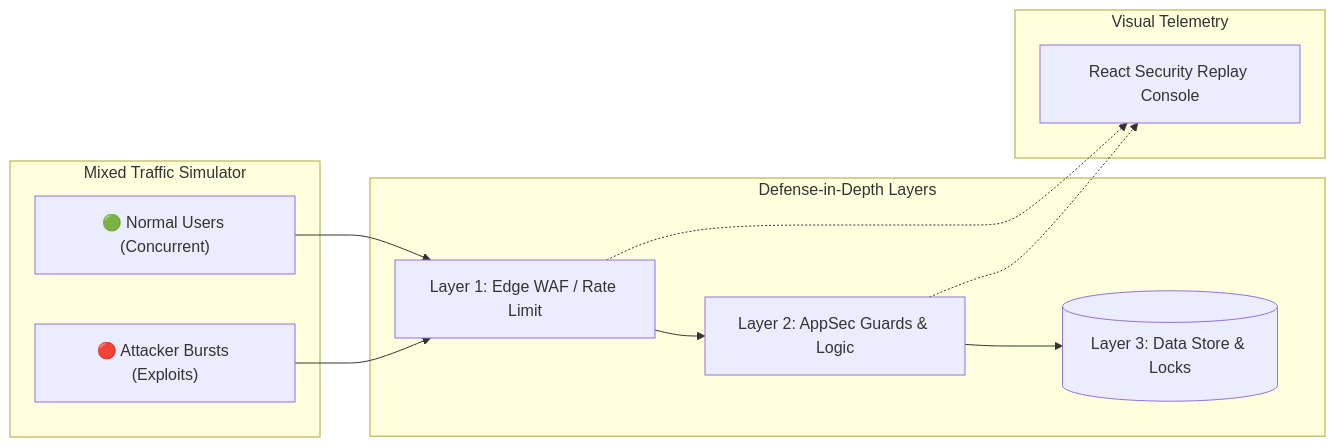
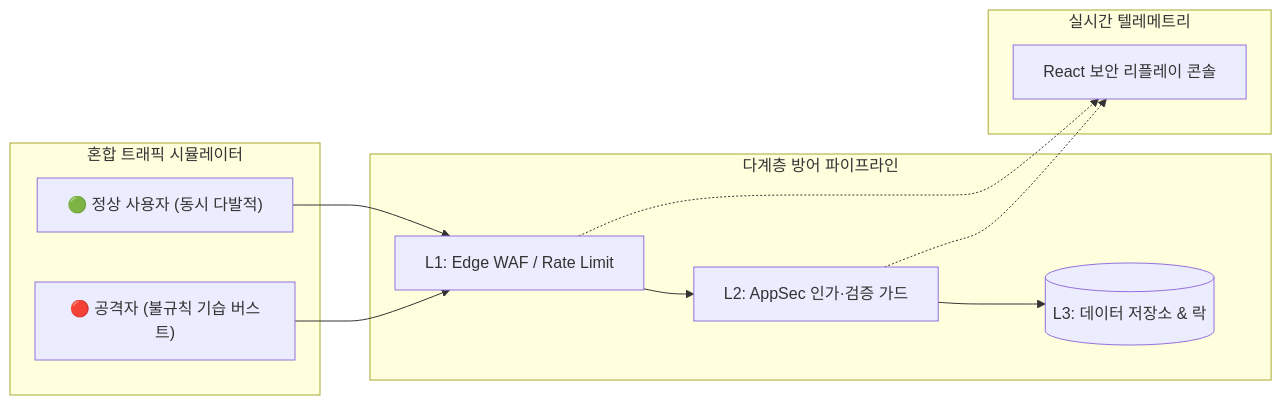
The diagram in README.md (KimseungMoo/payguard-appsec-lab), drawn with Mermaid before and after one commit. The commit also changed other lines of this file and 4 other files, not shown here.

````diff
--- a/README.md
+++ b/README.md
@@ -11,23 +11,23 @@
 ```mermaid
 flowchart LR
-    subgraph Sim["Mixed Traffic Simulator"]
-        NU["🟢 Normal Users (Concurrent)"]
-        HA["🔴 Attacker Bursts (Exploits)"]
+    subgraph Sim["혼합 트래픽 시뮬레이터"]
+        NU["🟢 정상 사용자 (동시 다발적)"]
+        HA["🔴 공격자 (불규칙 기습 버스트)"]
     end
 
-    subgraph Defense["Defense-in-Depth Layers"]
-        WAF["Layer 1: Edge WAF / Rate Limit"]
-        APP["Layer 2: AppSec Guards & Logic"]
-        DB[("Layer 3: Data Store & Locks")]
+    subgraph Defense["다계층 방어 파이프라인"]
+        WAF["L1: Edge WAF / Rate Limit"]
+        APP["L2: AppSec 인가·검증 가드"]
+        DB[("L3: 데이터 저장소 & 락")]
     end
 
-    subgraph Console["Visual Telemetry"]
-        UI["React Security Replay Console"]
+    subgraph Console["실시간 텔레메트리"]
+        UI["React 보안 리플레이 콘솔"]
     end
 
     NU --> WAF
     HA --> WAF
     WAF --> APP --> DB
     WAF -.-> UI
     APP -.-> UI
 ```
````
